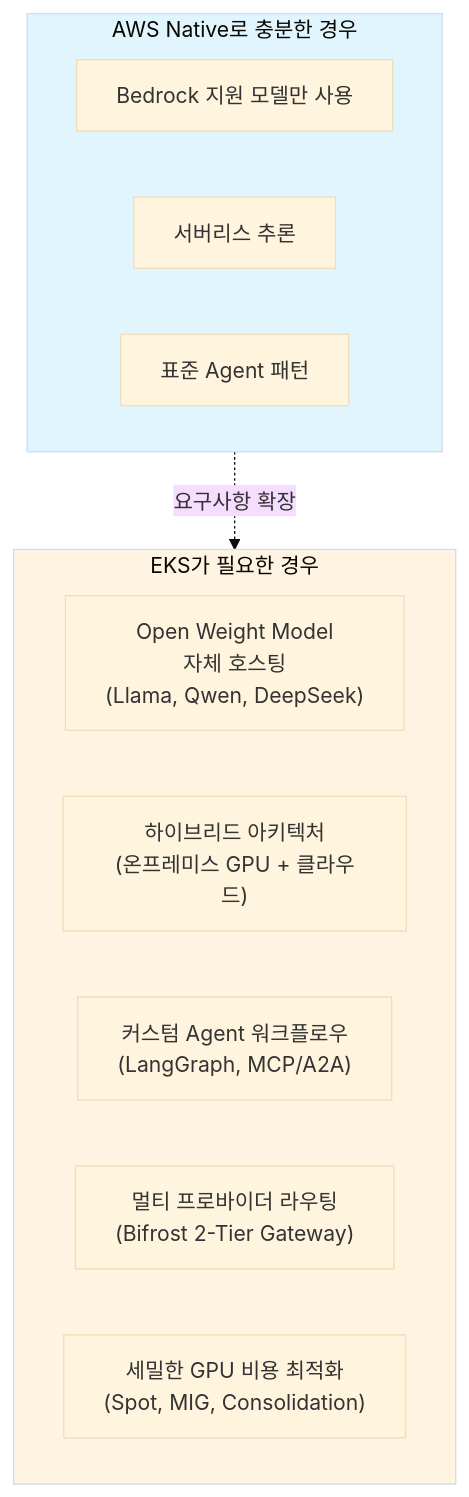
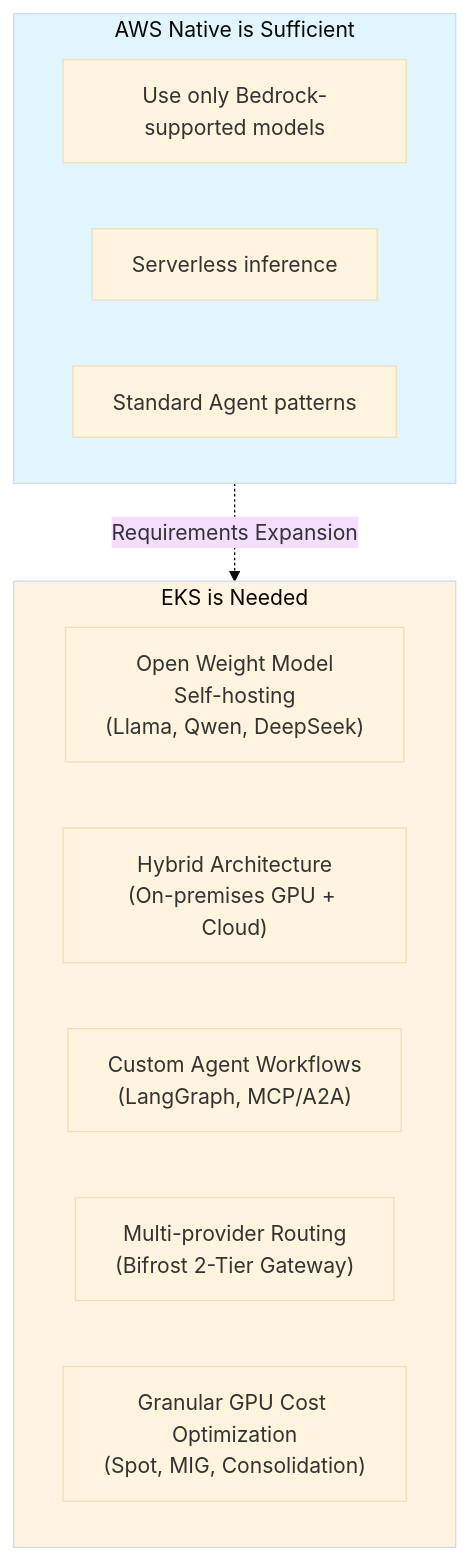
Before and after one commit to devfloor9/engineering-playbook: the first of 11 diagrams in i18n/en/docusaurus-plugin-content-docs/current/agentic-ai-platform/design-architecture/agentic-ai-solutions-eks.md, drawn with Mermaid (base theme). The commit also changed other lines of this file and 16 other files, not shown here.

````diff
--- a/i18n/en/docusaurus-plugin-content-docs/current/agentic-ai-platform/design-architecture/agentic-ai-solutions-eks.md
+++ b/i18n/en/docusaurus-plugin-content-docs/current/agentic-ai-platform/design-architecture/agentic-ai-solutions-eks.md
@@ -45,21 +45,21 @@
 ```mermaid
 flowchart TD
-    subgraph AWSNative["AWS Native로 충분한 경우"]
-        N1["Bedrock 지원 모델만 사용"]
-        N2["서버리스 추론"]
-        N3["표준 Agent 패턴"]
+    subgraph AWSNative["AWS Native is Sufficient"]
+        N1["Use only Bedrock-supported models"]
+        N2["Serverless inference"]
+        N3["Standard Agent patterns"]
     end
 
-    subgraph EKSNeeded["EKS가 필요한 경우"]
-        E1["Open Weight Model<br/>자체 호스팅<br/>(Llama, Qwen, DeepSeek)"]
-        E2["하이브리드 아키텍처<br/>(온프레미스 GPU + 클라우드)"]
-        E3["커스텀 Agent 워크플로우<br/>(LangGraph, MCP/A2A)"]
-        E4["멀티 프로바이더 라우팅<br/>(Bifrost 2-Tier Gateway)"]
-        E5["세밀한 GPU 비용 최적화<br/>(Spot, MIG, Consolidation)"]
+    subgraph EKSNeeded["EKS is Needed"]
+        E1["Open Weight Model<br/>Self-hosting<br/>(Llama, Qwen, DeepSeek)"]
+        E2["Hybrid Architecture<br/>(On-premises GPU + Cloud)"]
+        E3["Custom Agent Workflows<br/>(LangGraph, MCP/A2A)"]
+        E4["Multi-provider Routing<br/>(Bifrost 2-Tier Gateway)"]
+        E5["Granular GPU Cost Optimization<br/>(Spot, MIG, Consolidation)"]
     end
 
-    AWSNative -.->|"요구사항 확장"| EKSNeeded
+    AWSNative -.->|"Requirements Expansion"| EKSNeeded
 
     style AWSNative fill:#e1f5ff
     style EKSNeeded fill:#fff4e1
 ```
````
